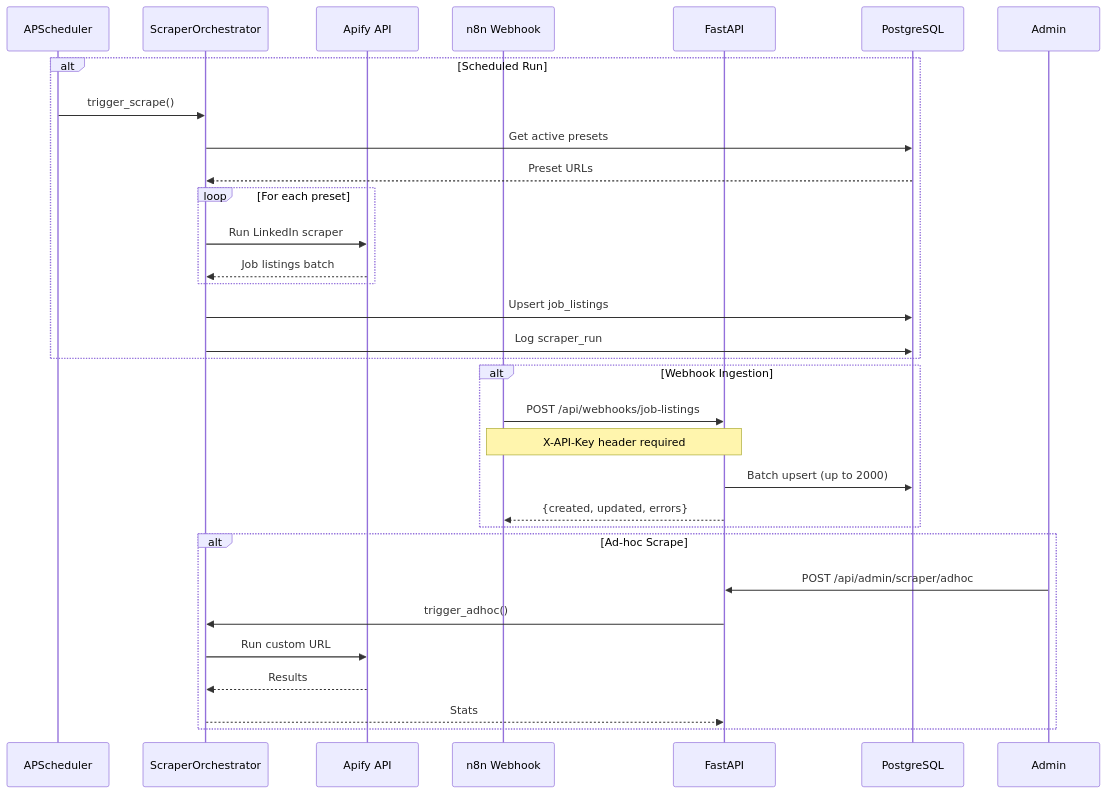
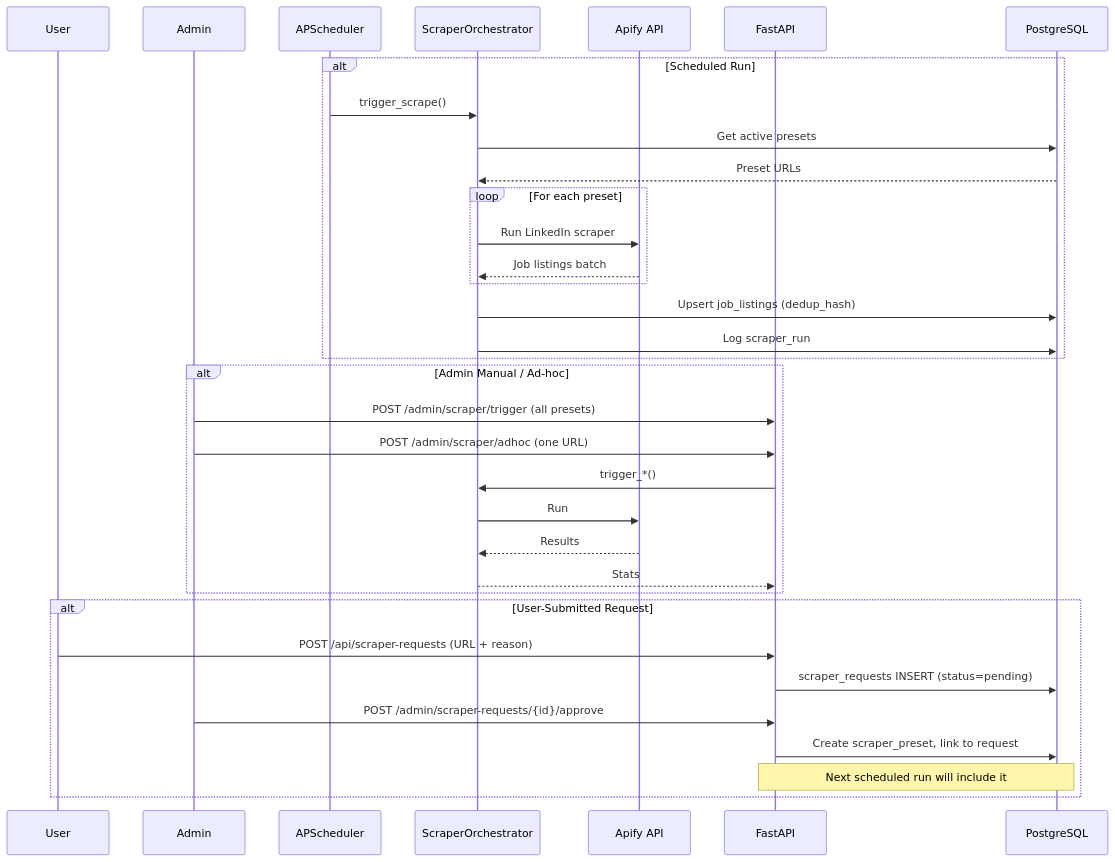
Diagram 26 of 33 in docs/architecture/system-architecture.md (Sungchunn/AI-Resume-Tailor), drawn with Mermaid before and after one commit. The commit also changed other lines of this file, not shown here.

First line of the commit message:
docs: Refresh system-architecture to match current codebase

````diff
--- a/docs/architecture/system-architecture.md
+++ b/docs/architecture/system-architecture.md
@@ -1759,38 +1897,41 @@
 ```mermaid
 sequenceDiagram
+    participant User
+    participant Admin
     participant Scheduler as APScheduler
     participant Orchestrator as ScraperOrchestrator
     participant Apify as Apify API
-    participant Webhook as n8n Webhook
     participant API as FastAPI
     participant DB as PostgreSQL
 
     alt Scheduled Run
         Scheduler->>Orchestrator: trigger_scrape()
         Orchestrator->>DB: Get active presets
         DB-->>Orchestrator: Preset URLs
 
         loop For each preset
             Orchestrator->>Apify: Run LinkedIn scraper
             Apify-->>Orchestrator: Job listings batch
         end
 
-        Orchestrator->>DB: Upsert job_listings
+        Orchestrator->>DB: Upsert job_listings (dedup_hash)
         Orchestrator->>DB: Log scraper_run
     end
 
-    alt Webhook Ingestion
-        Webhook->>API: POST /api/webhooks/job-listings
-        Note over Webhook,API: X-API-Key header required
-        API->>DB: Batch upsert (up to 2000)
-        API-->>Webhook: {created, updated, errors}
-    end
-
-    alt Ad-hoc Scrape
-        Admin->>API: POST /api/admin/scraper/adhoc
-        API->>Orchestrator: trigger_adhoc()
-        Orchestrator->>Apify: Run custom URL
+    alt Admin Manual / Ad-hoc
+        Admin->>API: POST /admin/scraper/trigger (all presets)
+        Admin->>API: POST /admin/scraper/adhoc (one URL)
+        API->>Orchestrator: trigger_*()
+        Orchestrator->>Apify: Run
         Apify-->>Orchestrator: Results
         Orchestrator-->>API: Stats
     end
+
+    alt User-Submitted Request
+        User->>API: POST /api/scraper-requests (URL + reason)
+        API->>DB: scraper_requests INSERT (status=pending)
+        Admin->>API: POST /admin/scraper-requests/{id}/approve
+        API->>DB: Create scraper_preset, link to request
+        Note over API,DB: Next scheduled run will include it
+    end
 ```
````
